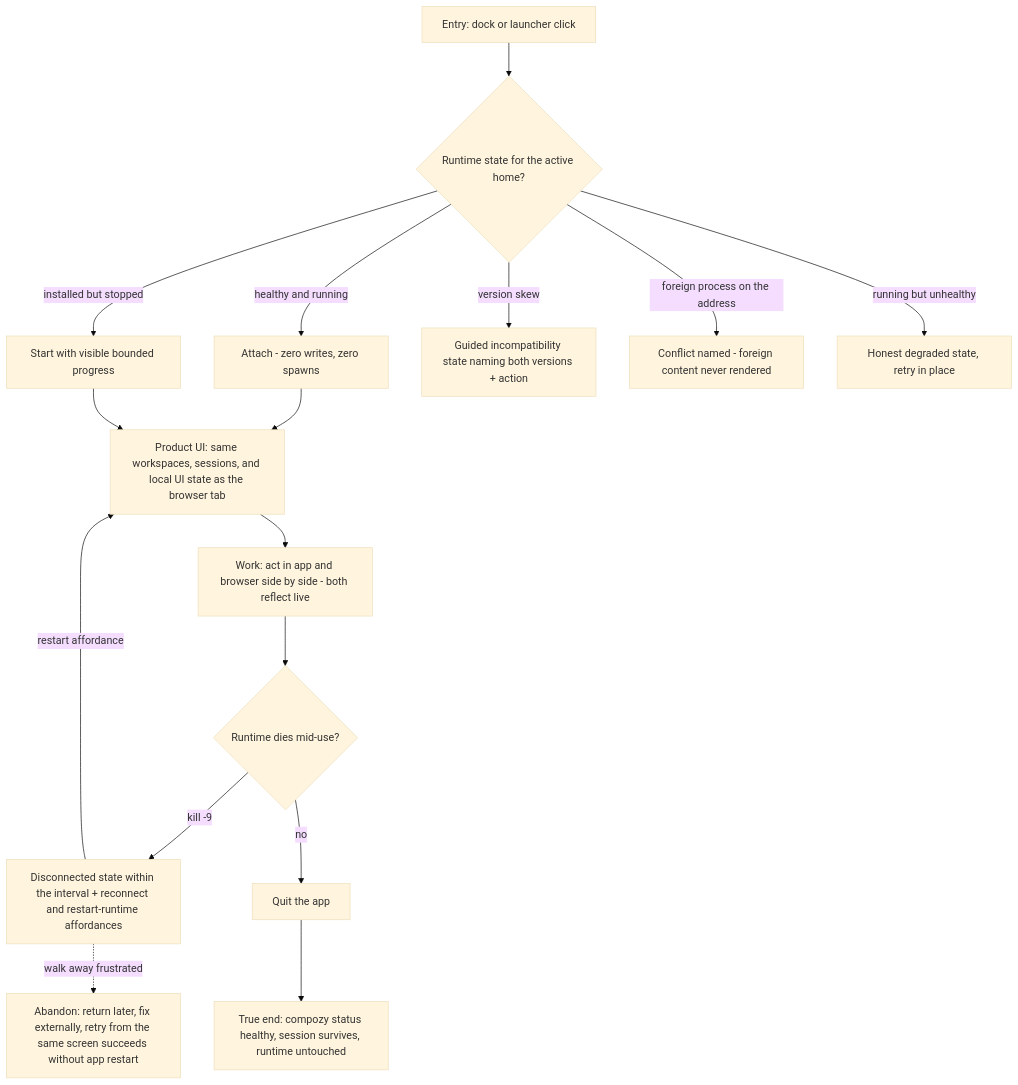
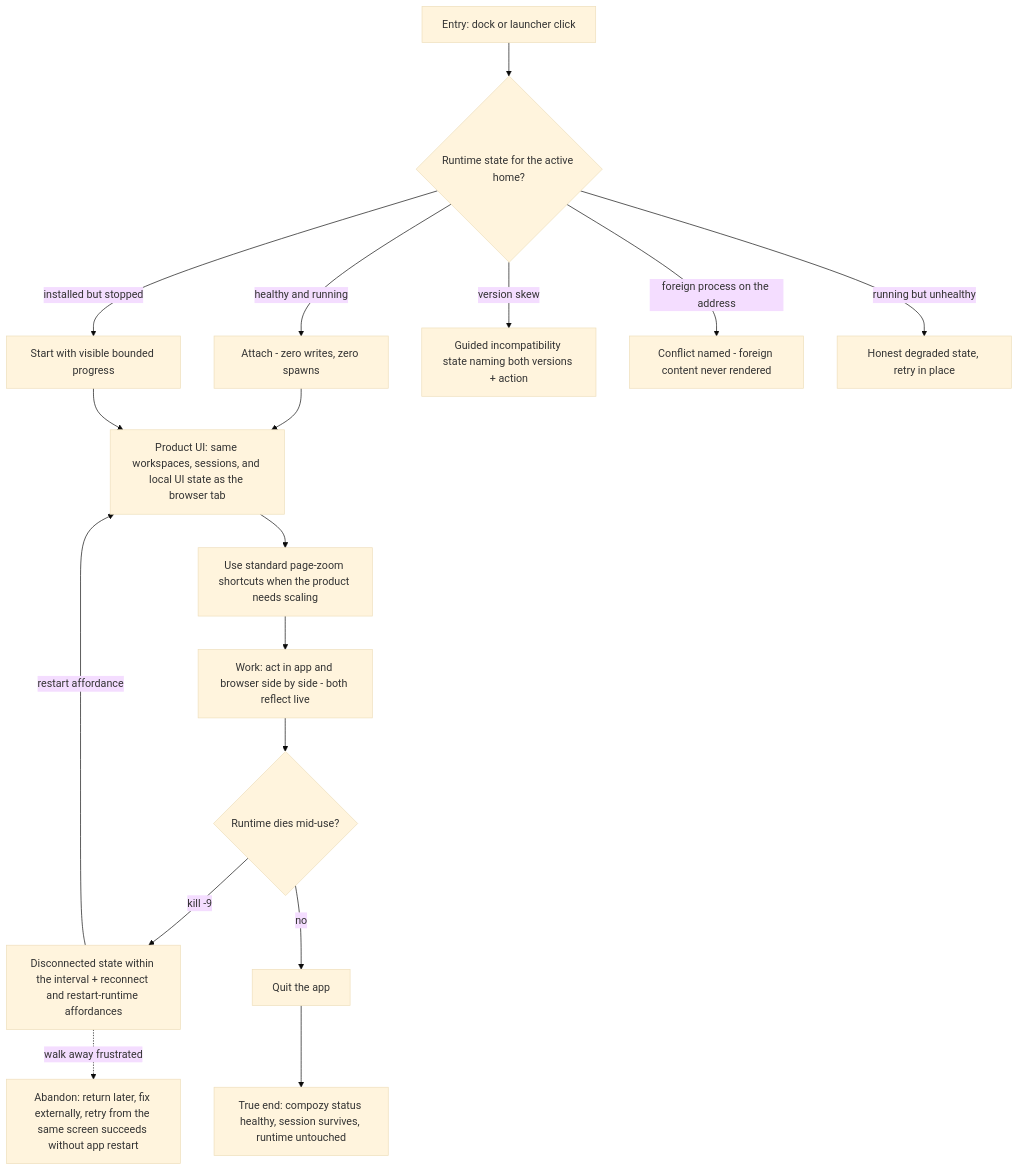
Before and after one commit to compozy/compozy: the diagram in docs/qa/journeys/J-desktop-attach-daily.md, drawn with Mermaid (base theme). The commit also changed other lines of this file and 113 other files, not shown here.

````diff
--- a/docs/qa/journeys/J-desktop-attach-daily.md
+++ b/docs/qa/journeys/J-desktop-attach-daily.md
@@ -7,18 +7,19 @@
 ```mermaid
 flowchart TD
     A[Entry: dock or launcher click] --> B{Runtime state for the active home?}
     B -->|healthy and running| C[Attach - zero writes, zero spawns]
     B -->|installed but stopped| D[Start with visible bounded progress]
     B -->|version skew| E[Guided incompatibility state naming both versions + action]
     B -->|foreign process on the address| F[Conflict named - foreign content never rendered]
     B -->|running but unhealthy| G[Honest degraded state, retry in place]
     C --> H[Product UI: same workspaces, sessions, and local UI state as the browser tab]
     D --> H
-    H --> I[Work: act in app and browser side by side - both reflect live]
+    H --> Z[Use standard page-zoom shortcuts when the product needs scaling]
+    Z --> I[Work: act in app and browser side by side - both reflect live]
     I --> J{Runtime dies mid-use?}
     J -->|kill -9| K[Disconnected state within the interval + reconnect and restart-runtime affordances]
     K -->|restart affordance| H
     J -->|no| L[Quit the app]
     L --> M[True end: compozy status healthy, session survives, runtime untouched]
     K -.->|walk away frustrated| X1[Abandon: return later, fix externally, retry from the same screen succeeds without app restart]
 ```
````
